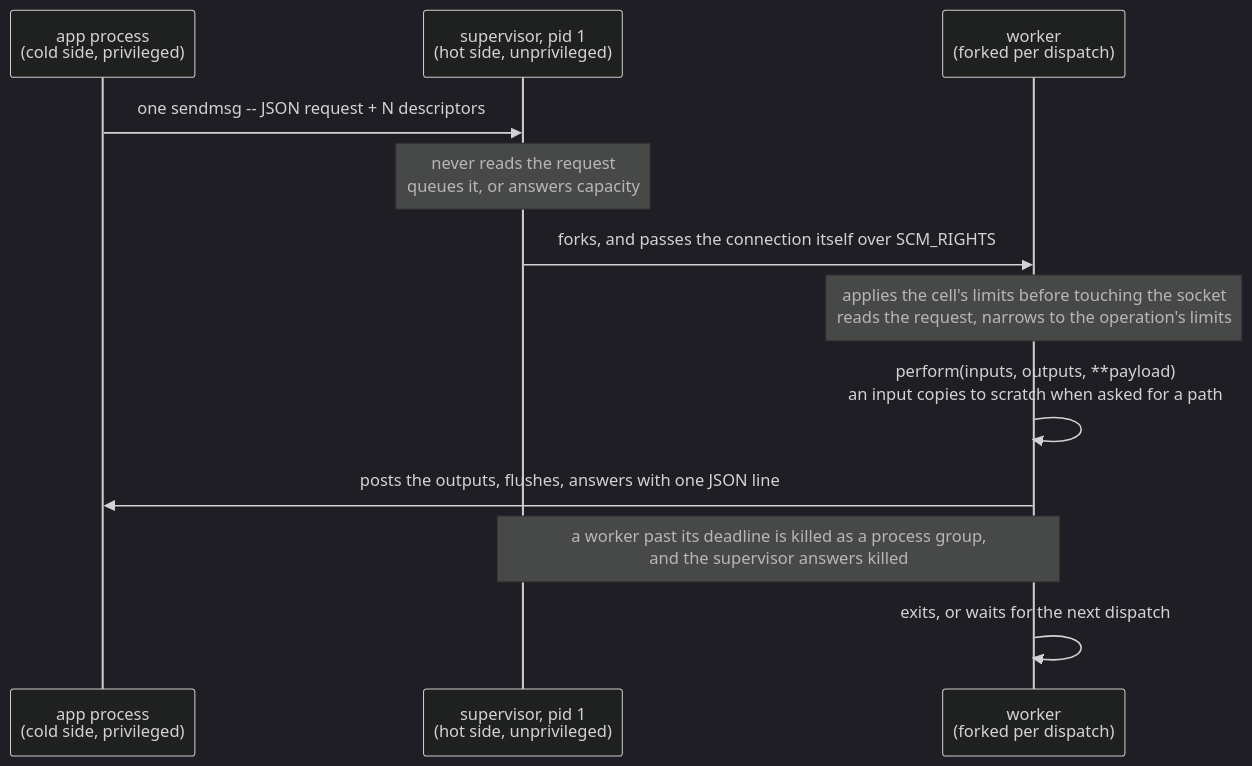
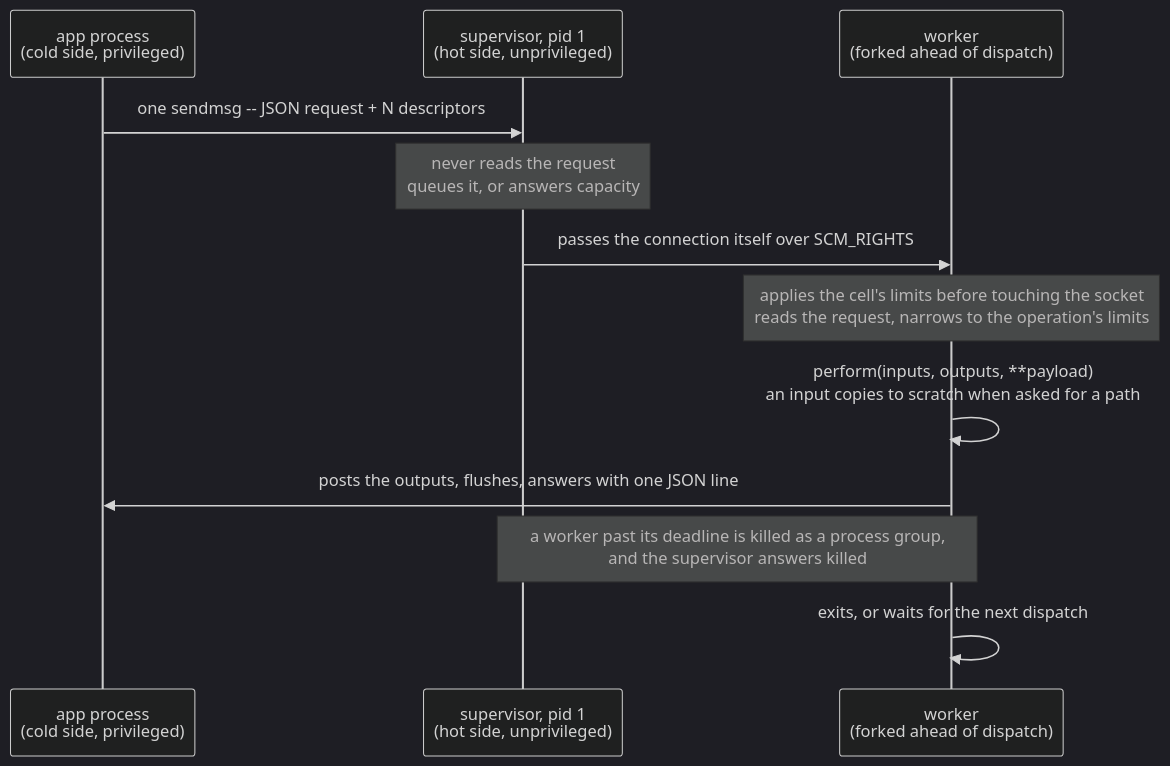
One commit to basecamp/hotcell changed the diagram in README.md. Above: the diagram before and after it, drawn with Mermaid (dark theme). The commit also changed other lines of this file and 7 other files, not shown here.

````diff
--- a/README.md
+++ b/README.md
@@ -161,15 +162,15 @@
 ```mermaid
 sequenceDiagram
     participant App as app process<br>(cold side, privileged)
     participant Supervisor as supervisor, pid 1<br>(hot side, unprivileged)
-    participant Worker as worker<br>(forked per dispatch)
+    participant Worker as worker<br>(forked ahead of dispatch)
 
     App->>Supervisor: one sendmsg -- JSON request + N descriptors
     note over Supervisor: never reads the request<br>queues it, or answers capacity
-    Supervisor->>Worker: forks, and passes the connection itself over SCM_RIGHTS
+    Supervisor->>Worker: passes the connection itself over SCM_RIGHTS
     note over Worker: applies the cell's limits before touching the socket<br>reads the request, narrows to the operation's limits
     Worker->>Worker: perform(inputs, outputs, **payload)<br>an input copies to scratch when asked for a path
     Worker->>App: posts the outputs, flushes, answers with one JSON line
     note over Supervisor,Worker: a worker past its deadline is killed as a process group,<br>and the supervisor answers killed
     Worker->>Worker: exits, or waits for the next dispatch
 ```
````
